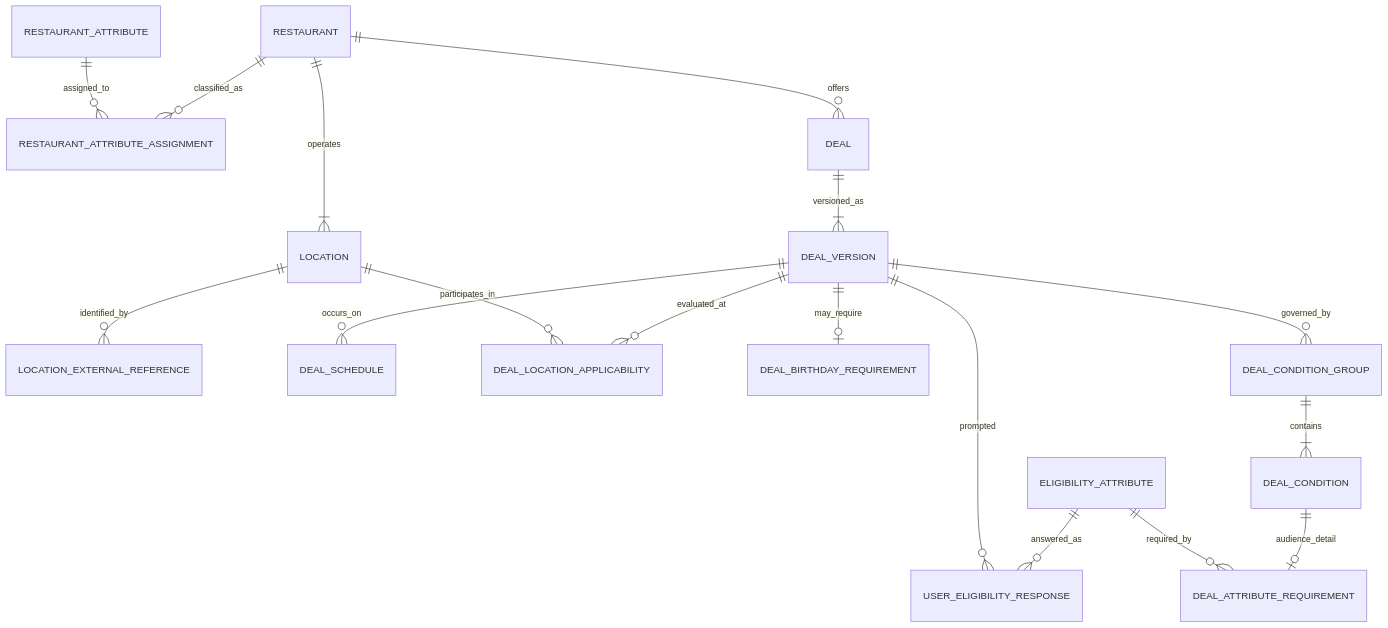
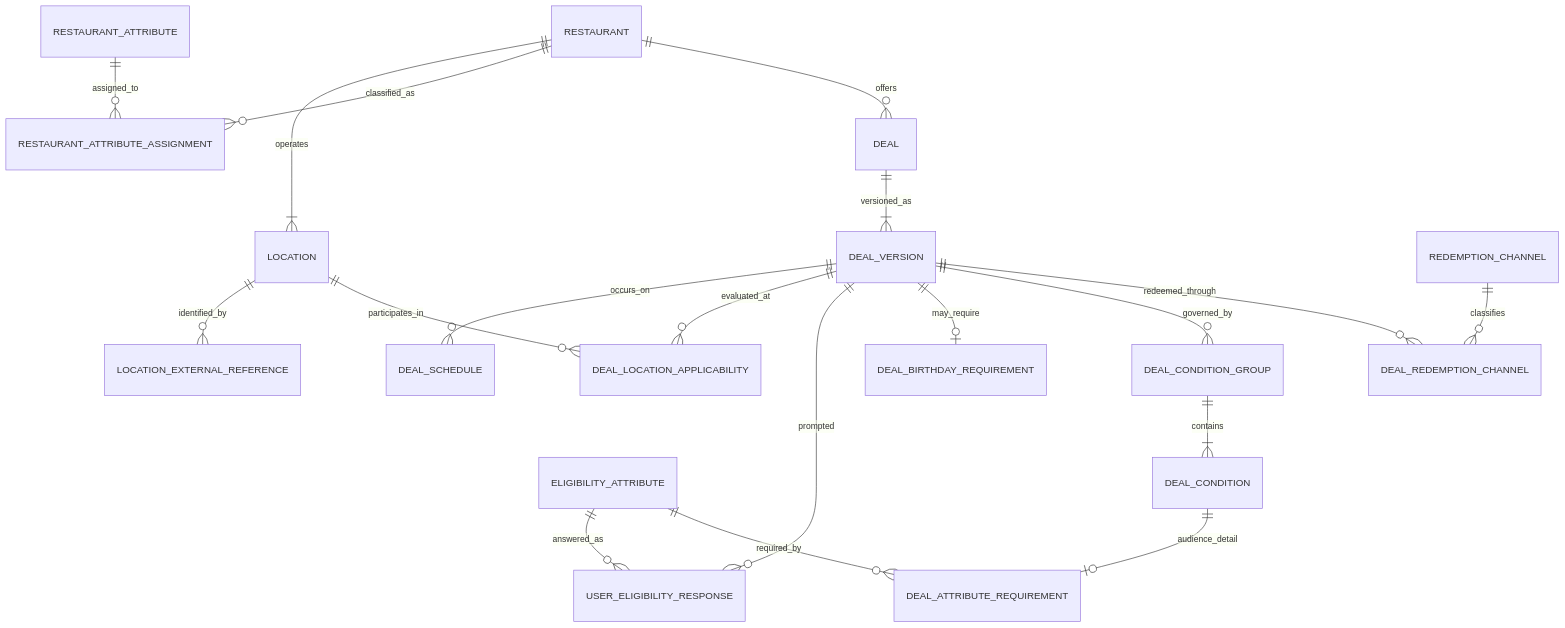
The diagram in docs/docs/RELATIONAL_MODEL.md (arivera1128/WhereWeGoing), drawn with Mermaid before and after one commit. The commit also changed other lines of this file and 1 other file, not shown here.

Commit message:
Model deal redemption channels

````diff
--- a/docs/docs/RELATIONAL_MODEL.md
+++ b/docs/docs/RELATIONAL_MODEL.md
@@ -295,19 +317,21 @@
 ```mermaid
 erDiagram
   RESTAURANT ||--|{ LOCATION : operates
   LOCATION ||--o{ LOCATION_EXTERNAL_REFERENCE : identified_by
   RESTAURANT ||--o{ RESTAURANT_ATTRIBUTE_ASSIGNMENT : classified_as
   RESTAURANT_ATTRIBUTE ||--o{ RESTAURANT_ATTRIBUTE_ASSIGNMENT : assigned_to
   RESTAURANT ||--o{ DEAL : offers
   DEAL ||--|{ DEAL_VERSION : versioned_as
   DEAL_VERSION ||--o{ DEAL_SCHEDULE : occurs_on
   DEAL_VERSION ||--o{ DEAL_LOCATION_APPLICABILITY : evaluated_at
   LOCATION ||--o{ DEAL_LOCATION_APPLICABILITY : participates_in
   ELIGIBILITY_ATTRIBUTE ||--o{ USER_ELIGIBILITY_RESPONSE : answered_as
   DEAL_VERSION ||--o{ USER_ELIGIBILITY_RESPONSE : prompted
   DEAL_VERSION ||--o| DEAL_BIRTHDAY_REQUIREMENT : may_require
   DEAL_VERSION ||--o{ DEAL_CONDITION_GROUP : governed_by
   DEAL_CONDITION_GROUP ||--|{ DEAL_CONDITION : contains
   DEAL_CONDITION ||--o| DEAL_ATTRIBUTE_REQUIREMENT : audience_detail
   ELIGIBILITY_ATTRIBUTE ||--o{ DEAL_ATTRIBUTE_REQUIREMENT : required_by
+  DEAL_VERSION ||--o{ DEAL_REDEMPTION_CHANNEL : redeemed_through
+  REDEMPTION_CHANNEL ||--o{ DEAL_REDEMPTION_CHANNEL : classifies
 ```
````
